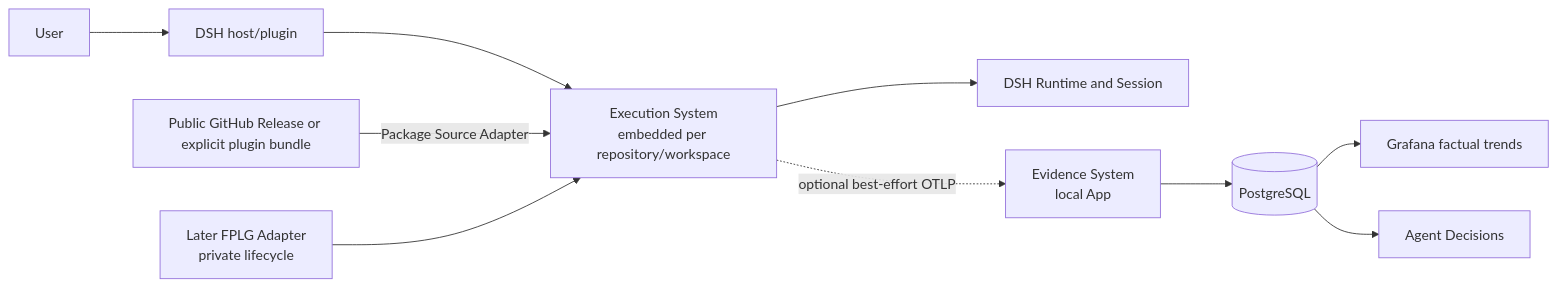
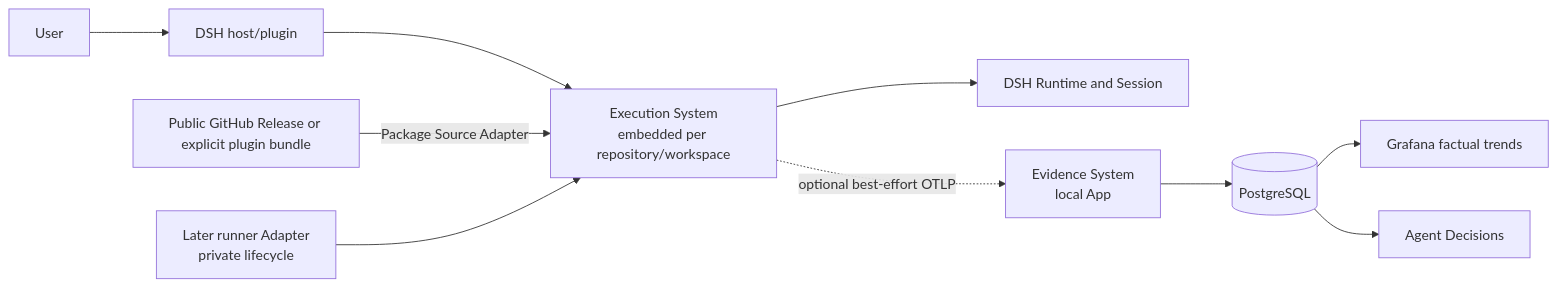
One commit to firestige/workflow-self-recursive changed the diagram in docs/agent-architecture.md. Above: the diagram before and after it, drawn with Mermaid. The commit also changed other lines of this file and 14 other files, not shown here.

First line of the commit message:
docs: rename FPLG → runner and Agent Ops Ledger → workflow-self-recursive

````diff
--- a/docs/agent-architecture.md
+++ b/docs/agent-architecture.md
@@ -44,12 +44,12 @@
 ```mermaid
 flowchart LR
     U["User"] --> H["DSH host/plugin"]
     H --> X["Execution System<br/>embedded per repository/workspace"]
     S["Public GitHub Release or explicit plugin bundle"] -->|"Package Source Adapter"| X
     X --> R["DSH Runtime and Session"]
     X -. "optional best-effort OTLP" .-> E["Evidence System<br/>local App"]
     E --> P[("PostgreSQL")]
     P --> G["Grafana factual trends"]
     P --> A["Agent Decisions"]
-    F["Later FPLG Adapter<br/>private lifecycle"] --> X
+    F["Later runner Adapter<br/>private lifecycle"] --> X
 ```
````
